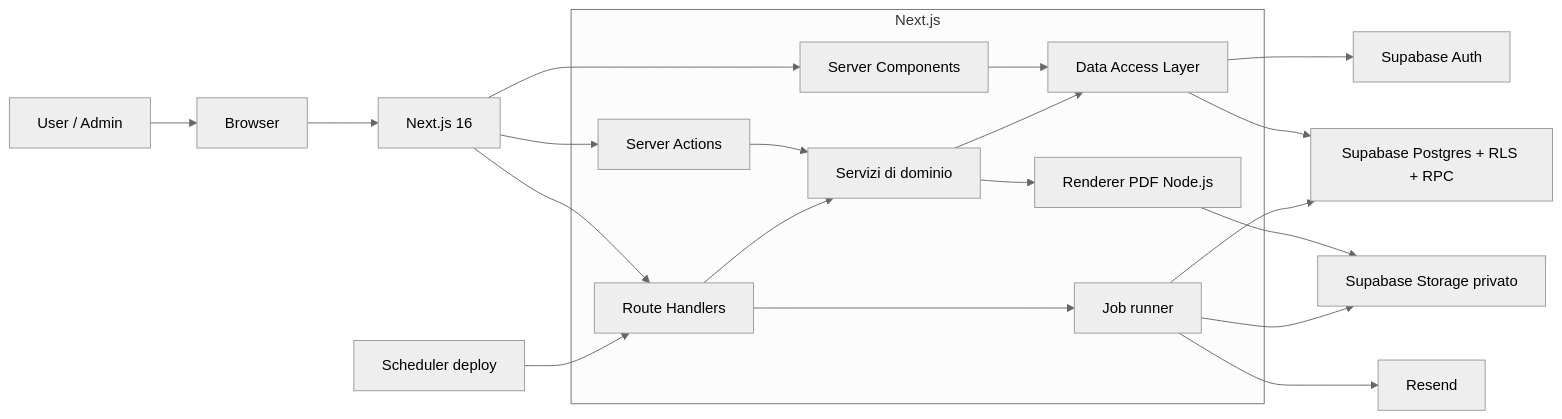
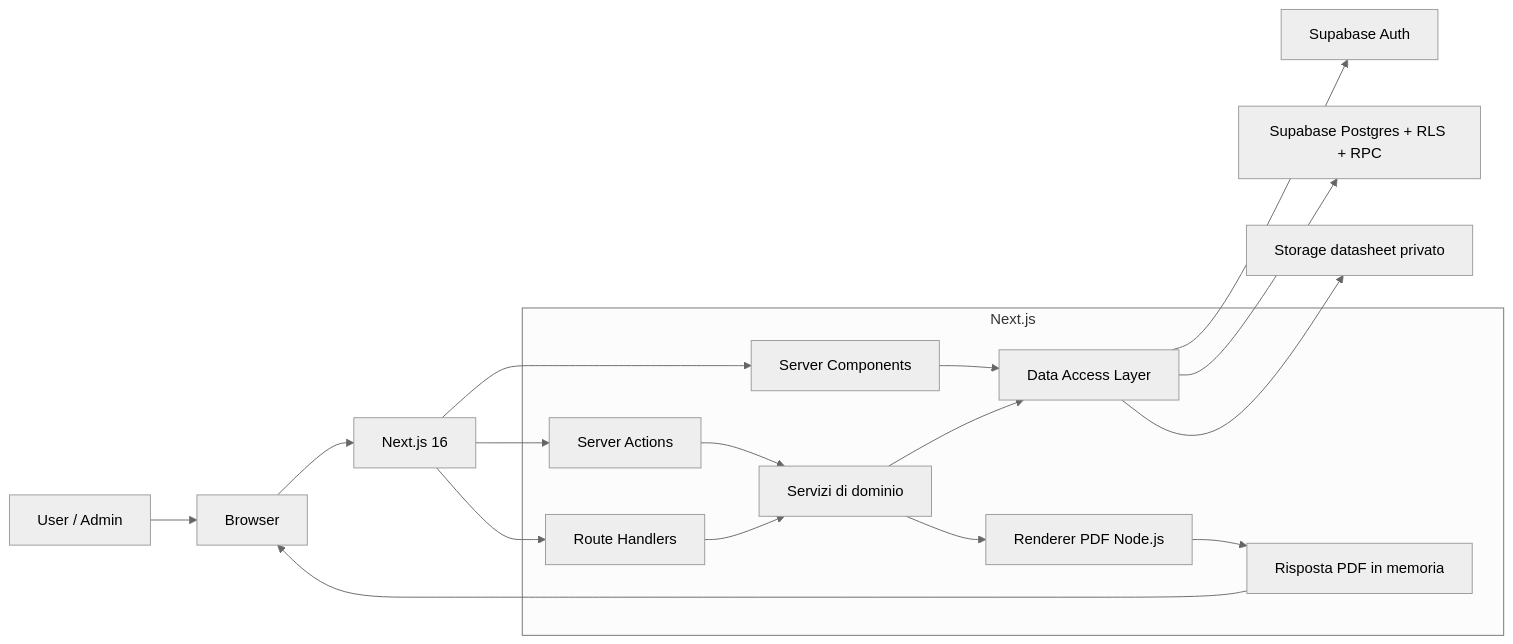
One commit to GianlucaOcchiuzziKiwui/fabtek-warehouse-app-test changed the first of 2 diagrams in ARCHITECTURE.md. Above: the diagram before and after it, drawn with Mermaid (neutral theme). The commit also changed other lines of this file and 12 other files, not shown here.

Commit message:
fix: harden on-demand PDF flow

````diff
--- a/ARCHITECTURE.md
+++ b/ARCHITECTURE.md
@@ -57,33 +57,30 @@
 ```mermaid
 flowchart LR
     U[User / Admin] --> B[Browser]
     B --> N[Next.js 16]
 
     subgraph Next.js
         RSC[Server Components]
         SA[Server Actions]
         RH[Route Handlers]
         DAL[Data Access Layer]
         DOM[Servizi di dominio]
         PDF[Renderer PDF Node.js]
-        JOB[Job runner]
+        DL[Risposta PDF in memoria]
     end
 
     N --> RSC
     N --> SA
     N --> RH
     RSC --> DAL
     SA --> DOM
     RH --> DOM
     DOM --> DAL
     DOM --> PDF
-    RH --> JOB
+    PDF --> DL
+    DL --> B
 
     DAL --> AUTH[Supabase Auth]
     DAL --> DB[Supabase Postgres + RLS + RPC]
-    PDF --> ST[Supabase Storage privato]
-    JOB --> DB
-    JOB --> ST
-    JOB --> RESEND[Resend]
-    SCH[Scheduler deploy] --> RH
+    DAL --> ST[Storage datasheet privato]
 ```
````
